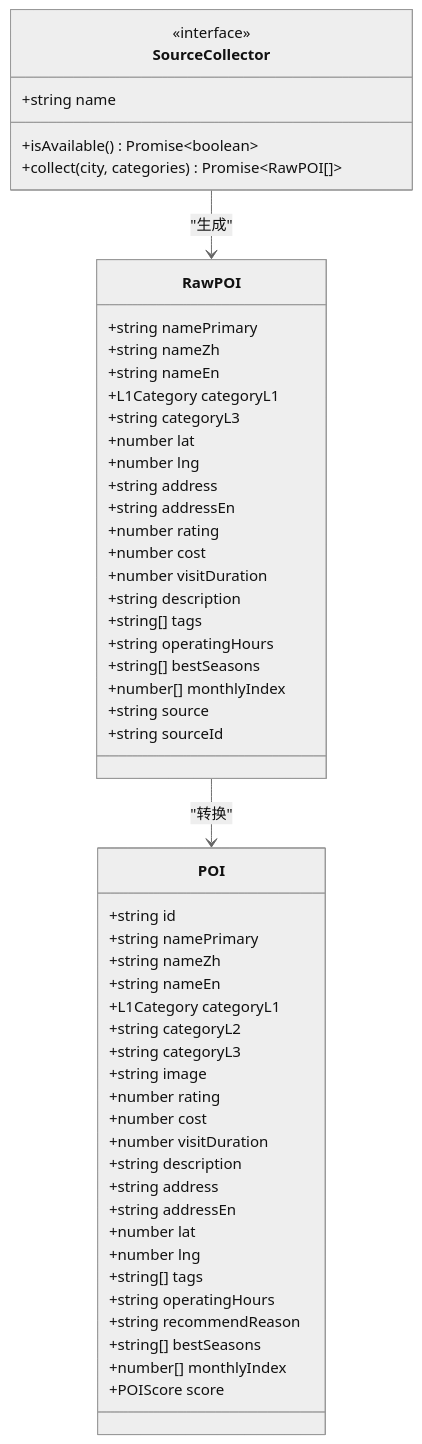
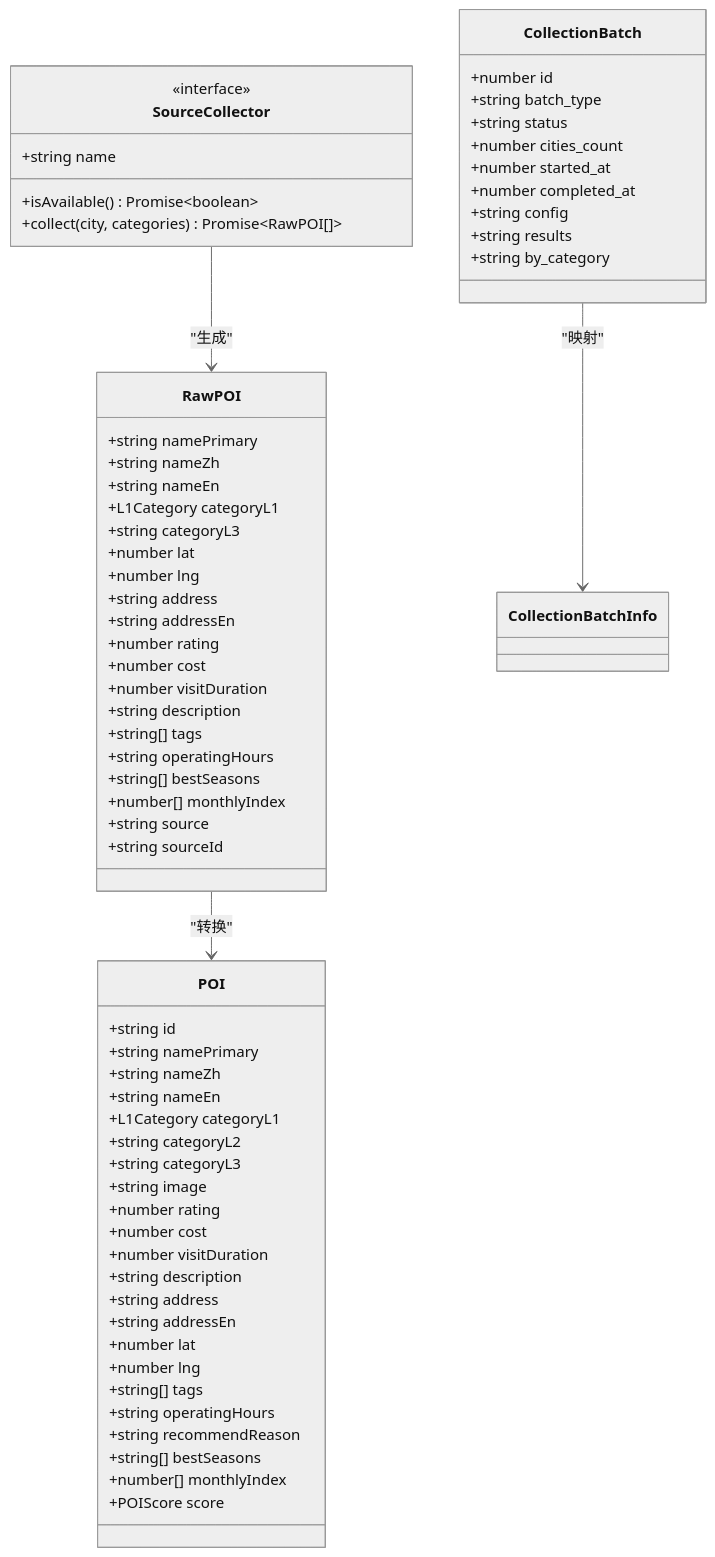
One commit to ititjjy/AITrip-plan changed the second of 12 diagrams in .qoder/repowiki/zh/content/AI数据采集系统/AI数据采集系统.md. Above: the diagram before and after it, drawn with Mermaid (neutral theme). The commit also changed other lines of this file and 10 other files, not shown here.

````diff
--- a/.qoder/repowiki/zh/content/AI数据采集系统/AI数据采集系统.md
+++ b/.qoder/repowiki/zh/content/AI数据采集系统/AI数据采集系统.md
@@ -103,56 +123,68 @@
 ```mermaid
 classDiagram
 class RawPOI {
 +string namePrimary
 +string nameZh
 +string nameEn
 +L1Category categoryL1
 +string categoryL3
 +number lat
 +number lng
 +string address
 +string addressEn
 +number rating
 +number cost
 +number visitDuration
 +string description
 +string[] tags
 +string operatingHours
 +string[] bestSeasons
 +number[] monthlyIndex
 +string source
 +string sourceId
 }
 class POI {
 +string id
 +string namePrimary
 +string nameZh
 +string nameEn
 +L1Category categoryL1
 +string categoryL2
 +string categoryL3
 +string image
 +number rating
 +number cost
 +number visitDuration
 +string description
 +string address
 +string addressEn
 +number lat
 +number lng
 +string[] tags
 +string operatingHours
 +string recommendReason
 +string[] bestSeasons
 +number[] monthlyIndex
 +POIScore score
 }
 class SourceCollector {
 <<interface>>
 +string name
 +isAvailable() Promise~boolean~
 +collect(city, categories) Promise~RawPOI[]~
 }
+class CollectionBatch {
++number id
++string batch_type
++string status
++number cities_count
++number started_at
++number completed_at
++string config
++string results
++string by_category
+}
 RawPOI --> POI : "转换"
 SourceCollector --> RawPOI : "生成"
+CollectionBatch --> CollectionBatchInfo : "映射"
 ```
````
